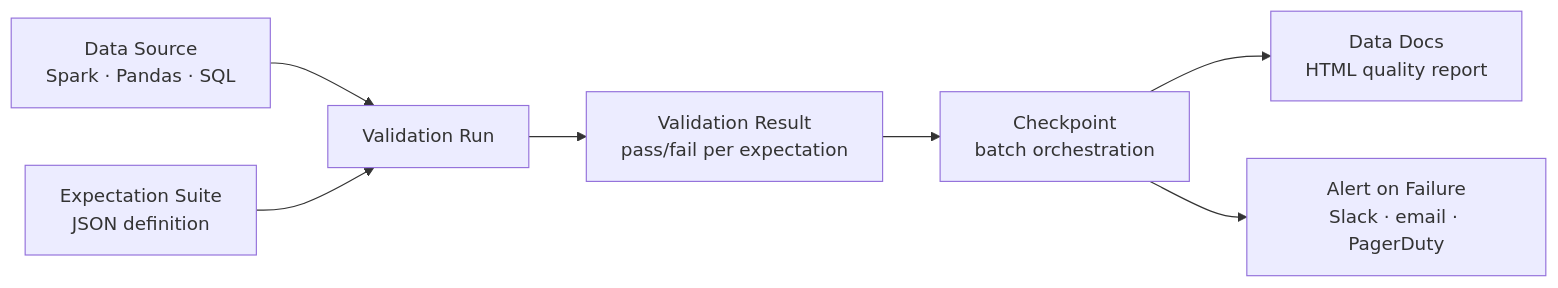
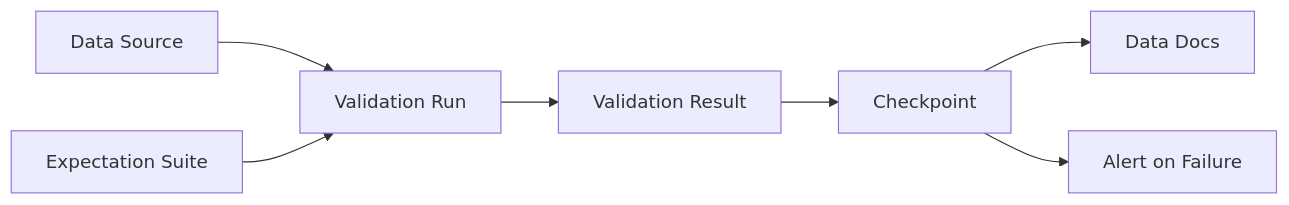
The diagram in 07-ecosystem-tools/03-great-expectations.md (gcmishra7/data-engineering-helper), drawn with Mermaid before and after one commit. The commit also changed other lines of this file and 57 other files, not shown here.

First line of the commit message:
Shorten mermaid node labels to fix text truncation on GitHub

````diff
--- a/07-ecosystem-tools/03-great-expectations.md
+++ b/07-ecosystem-tools/03-great-expectations.md
@@ -8,9 +8,9 @@
 ```mermaid
 graph LR
-    DS[Data Source<br/>Spark · Pandas · SQL] --> VAL[Validation Run]
-    EXP[Expectation Suite<br/>JSON definition] --> VAL
-    VAL --> RES[Validation Result<br/>pass/fail per expectation]
-    RES --> CP[Checkpoint<br/>batch orchestration]
-    CP --> DOCS[Data Docs<br/>HTML quality report]
-    CP --> ALERT[Alert on Failure<br/>Slack · email · PagerDuty]
+    DS[Data Source] --> VAL[Validation Run]
+    EXP[Expectation Suite] --> VAL
+    VAL --> RES[Validation Result]
+    RES --> CP[Checkpoint]
+    CP --> DOCS[Data Docs]
+    CP --> ALERT[Alert on Failure]
 ```
````
